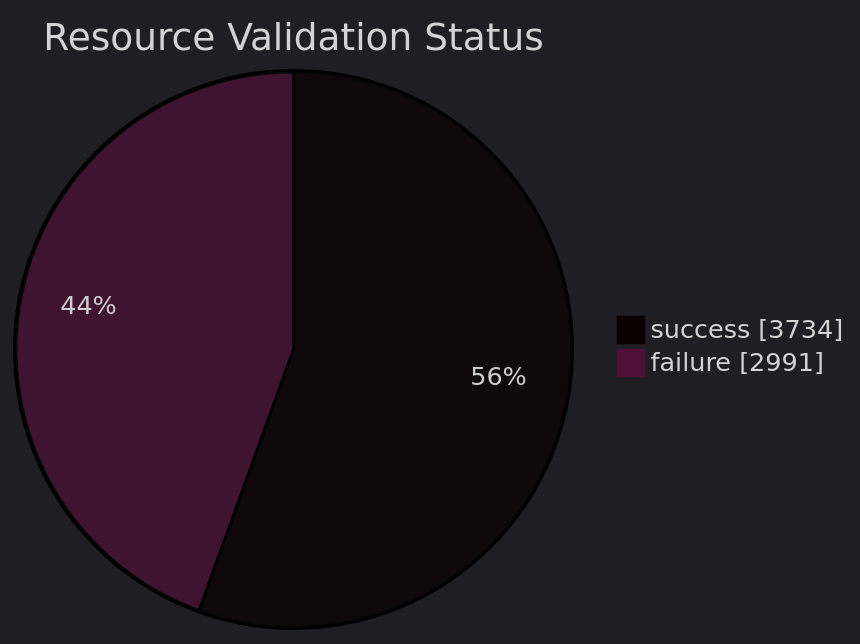
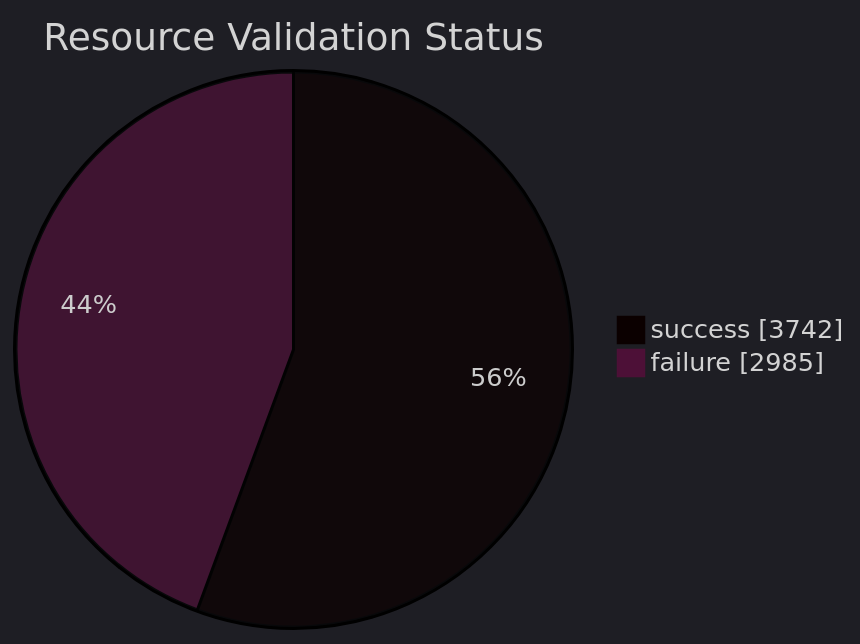
The diagram in datastore_tracker/resource_validation_status_pie_chart.md (open-data/analytics-corporate-reporting), drawn with Mermaid before and after one commit. The commit also changed 9 other files, not shown here.

````diff
--- a/datastore_tracker/resource_validation_status_pie_chart.md
+++ b/datastore_tracker/resource_validation_status_pie_chart.md
@@ -2,9 +2,9 @@
 ```mermaid
 ---
 config:
   theme: dark
 ---
 pie showData title Resource Validation Status
-    "success": 3734
-    "failure": 2991
+    "success": 3742
+    "failure": 2985
 ```
````
